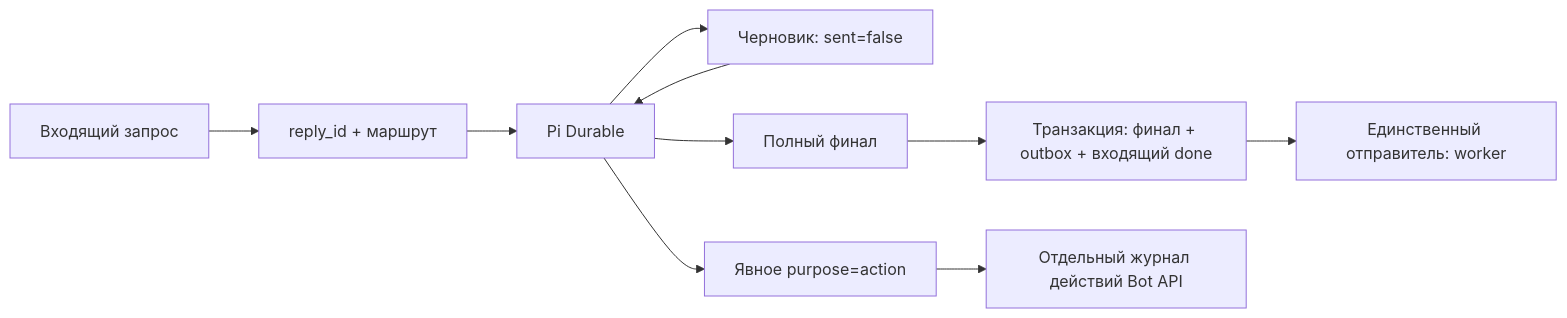
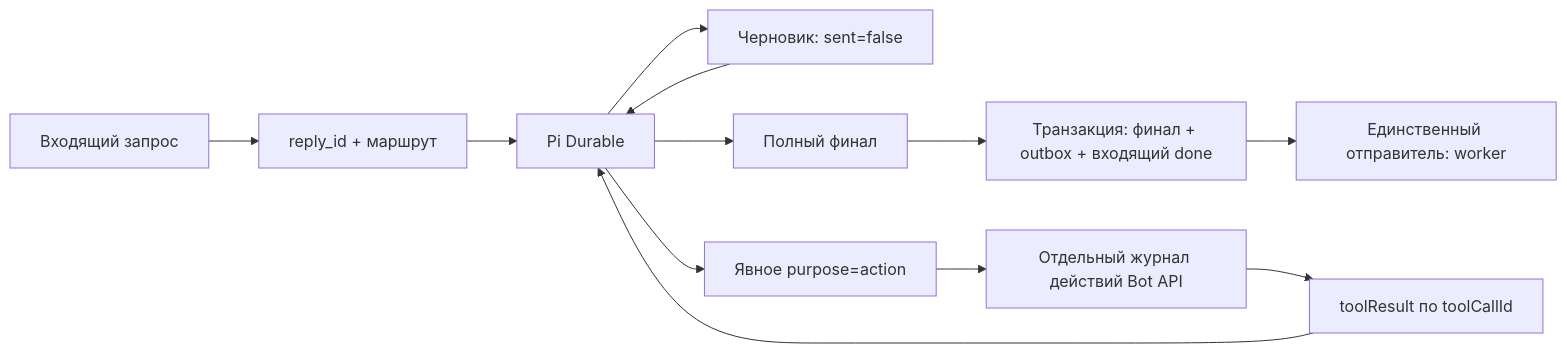
The diagram in bot-next/docs/reply-protocol.md (shanginn/wtf_happend_bot), drawn with Mermaid before and after one commit. The commit also changed other lines of this file and 5 other files, not shown here.

````diff
--- a/bot-next/docs/reply-protocol.md
+++ b/bot-next/docs/reply-protocol.md
@@ -14,12 +15,14 @@
 ```mermaid
 flowchart LR
     I[Входящий запрос] --> T[reply_id + маршрут]
     T --> P[Pi Durable]
     P --> D[Черновик: sent=false]
     D --> P
     P --> F[Полный финал]
     F --> C[Транзакция: финал + outbox + входящий done]
     C --> W[Единственный отправитель: worker]
     P --> A[Явное purpose=action]
     A --> X[Отдельный журнал действий Bot API]
+    X --> R[toolResult по toolCallId]
+    R --> P
 ```
````
